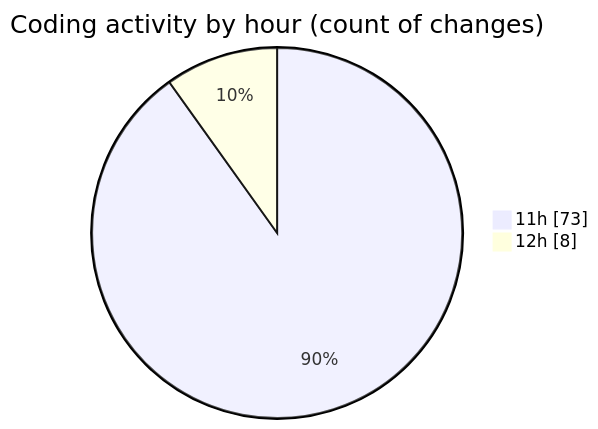
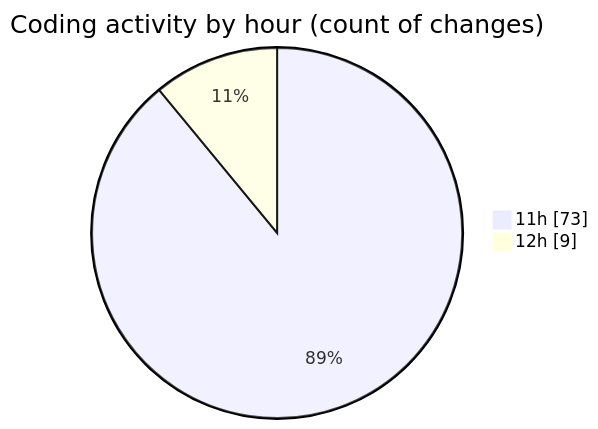
One commit to Ritupan-Deka/code-tracking changed the second of 2 diagrams in 2025-06-22/txtfiles/README.md. Above: the diagram before and after it, drawn with Mermaid. The commit also changed other lines of this file and 1 other file, not shown here.

````diff
--- a/2025-06-22/txtfiles/README.md
+++ b/2025-06-22/txtfiles/README.md
@@ -28,6 +28,6 @@
 ```mermaid
 pie showData
 title Coding activity by hour (count of changes)
 "11h" : 73
-"12h" : 8
+"12h" : 9
 ```
````
